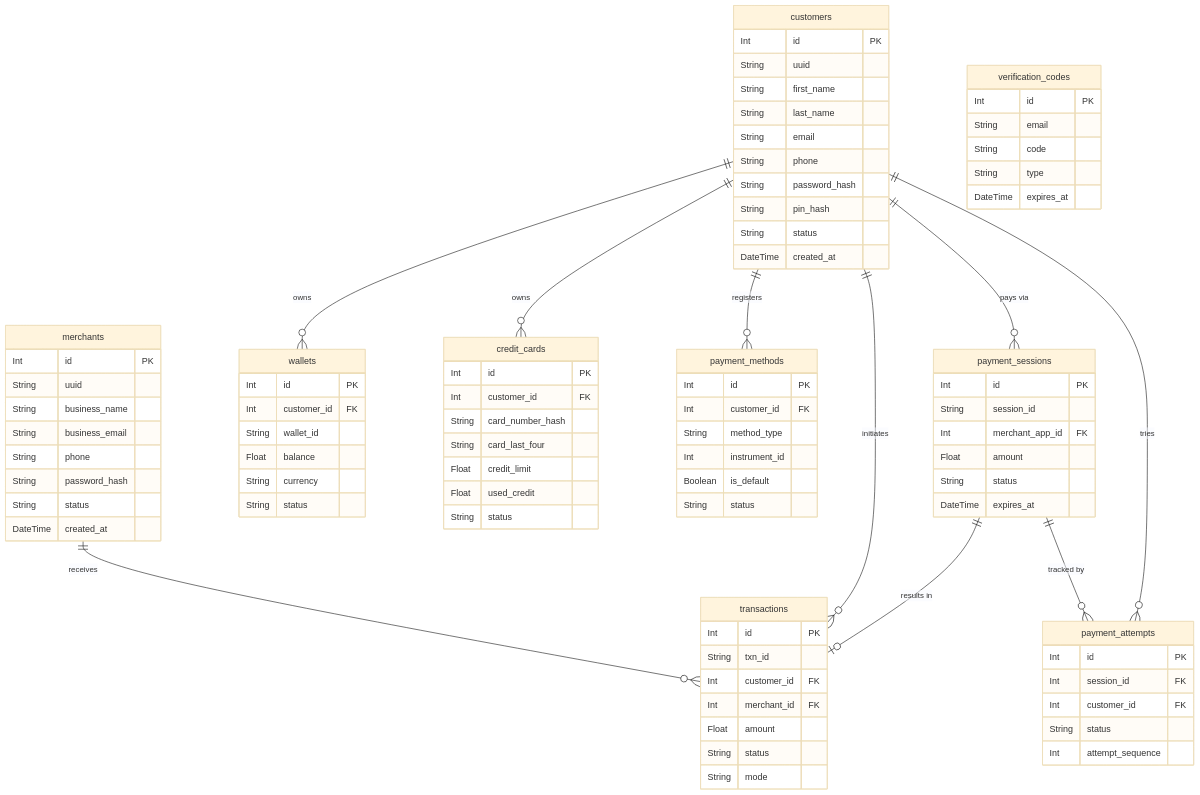
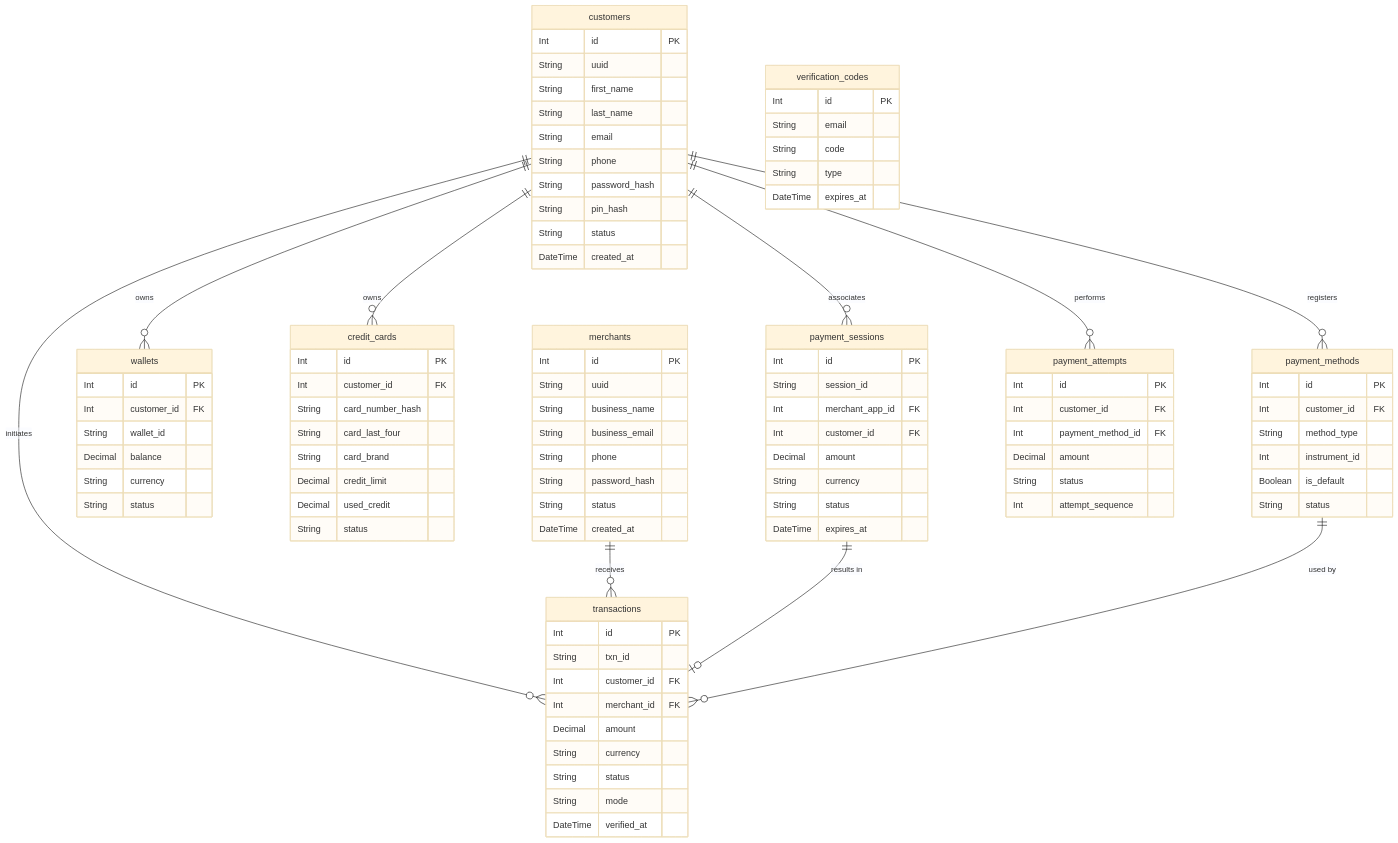
Before and after one commit to shahparamh/PaySim---Payment-Gateway: the diagram in docs/DATABASE_SCHEMA.md, drawn with Mermaid (base theme). The commit also changed other lines of this file and 41 other files, not shown here.

````diff
--- a/docs/DATABASE_SCHEMA.md
+++ b/docs/DATABASE_SCHEMA.md
@@ -36,7 +36,7 @@
         Int id PK
         Int customer_id FK
         String wallet_id
-        Float balance
+        Decimal balance
         String currency
         String status
     }
@@ -46,8 +46,9 @@
         Int customer_id FK
         String card_number_hash
         String card_last_four
-        Float credit_limit
-        Float used_credit
+        String card_brand
+        Decimal credit_limit
+        Decimal used_credit
         String status
     }
 
@@ -64,7 +65,9 @@
         Int id PK
         String session_id
         Int merchant_app_id FK
-        Float amount
+        Int customer_id FK
+        Decimal amount
+        String currency
         String status
         DateTime expires_at
     }
@@ -74,9 +77,11 @@
         String txn_id
         Int customer_id FK
         Int merchant_id FK
-        Float amount
+        Decimal amount
+        String currency
         String status
         String mode
+        DateTime verified_at
     }
 
     verification_codes {
@@ -89,8 +94,9 @@
 
     payment_attempts {
         Int id PK
-        Int session_id FK
         Int customer_id FK
+        Int payment_method_id FK
+        Decimal amount
         String status
         Int attempt_sequence
     }
@@ -100,10 +106,10 @@
     customers ||--o{ credit_cards : "owns"
     customers ||--o{ payment_methods : "registers"
     customers ||--o{ transactions : "initiates"
-    customers ||--o{ payment_sessions : "pays via"
-    customers ||--o{ payment_attempts : "tries"
+    customers ||--o{ payment_sessions : "associates"
+    customers ||--o{ payment_attempts : "performs"
 
     merchants ||--o{ transactions : "receives"
     payment_sessions ||--o| transactions : "results in"
-    payment_sessions ||--o{ payment_attempts : "tracked by"
+    payment_methods ||--o{ transactions : "used by"
 ```
````
